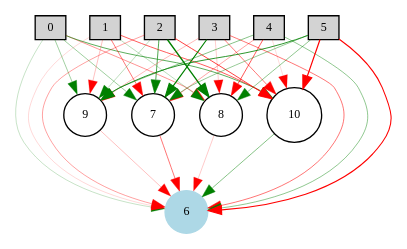
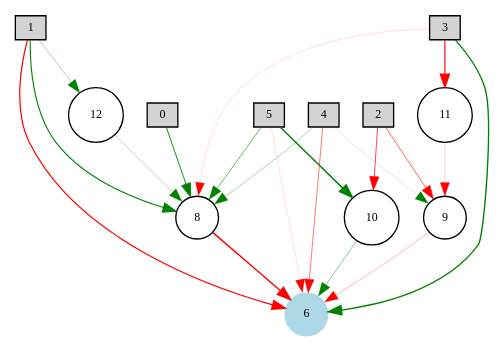
One commit to arkadyark/PongAI changed the diagram in 2015-2016/nn_winner-enabled-pruned.gv. Above: the diagram before and after it, drawn with Graphviz. The commit also changed 55 other files, not shown here.

```diff
--- a/2015-2016/nn_winner-enabled-pruned.gv
+++ b/2015-2016/nn_winner-enabled-pruned.gv
@@ -1,44 +1,30 @@
 digraph {
 	node [fontsize=9 height=0.2 shape=circle width=0.2]
 		0 [shape=box style=filled]
 		1 [shape=box style=filled]
 		2 [shape=box style=filled]
 		3 [shape=box style=filled]
 		4 [shape=box style=filled]
 		5 [shape=box style=filled]
 		6 [color=lightblue style=filled]
-			5 -> 9 [color=green penwidth=0.618295896355 style=solid]
-			4 -> 7 [color=red penwidth=0.273923793434 style=solid]
-			4 -> 8 [color=red penwidth=0.495030948136 style=solid]
-			5 -> 6 [color=red penwidth=0.805339347983 style=solid]
-			2 -> 8 [color=green penwidth=1.00644098346 style=solid]
-			10 -> 6 [color=green penwidth=0.356764749753 style=solid]
-			0 -> 7 [color=green penwidth=0.294718291303 style=solid]
-			1 -> 6 [color=red penwidth=0.122196708895 style=solid]
-			0 -> 10 [color=green penwidth=0.477217078647 style=solid]
-			3 -> 7 [color=green penwidth=0.85755271645 style=solid]
-			5 -> 8 [color=green penwidth=0.330034912408 style=solid]
-			4 -> 9 [color=green penwidth=0.362435996439 style=solid]
-			2 -> 9 [color=green penwidth=0.198836919568 style=solid]
-			3 -> 10 [color=red penwidth=0.402653170541 style=solid]
-			3 -> 6 [color=red penwidth=0.409787935481 style=solid]
-			1 -> 10 [color=red penwidth=0.475975104864 style=solid]
-			8 -> 6 [color=red penwidth=0.159471853248 style=solid]
-			4 -> 10 [color=red penwidth=0.106780931244 style=solid]
-			2 -> 6 [color=red penwidth=0.282561460314 style=solid]
-			2 -> 10 [color=red penwidth=0.558614174161 style=solid]
-			3 -> 9 [color=red penwidth=0.209319063626 style=solid]
-			1 -> 9 [color=red penwidth=0.189324151144 style=solid]
-			0 -> 8 [color=red penwidth=0.322950192037 style=solid]
-			9 -> 6 [color=red penwidth=0.186015834863 style=solid]
-			2 -> 7 [color=green penwidth=0.520215501497 style=solid]
-			5 -> 10 [color=red penwidth=0.897333691098 style=solid]
-			4 -> 6 [color=green penwidth=0.32907656643 style=solid]
-			5 -> 7 [color=green penwidth=0.307020186645 style=solid]
-			3 -> 8 [color=red penwidth=0.150916897958 style=solid]
-			0 -> 6 [color=green penwidth=0.173954087369 style=solid]
-			1 -> 8 [color=green penwidth=0.204281518528 style=solid]
-			1 -> 7 [color=red penwidth=0.397107844765 style=solid]
-			0 -> 9 [color=green penwidth=0.279466147875 style=solid]
-			7 -> 6 [color=red penwidth=0.412032647286 style=solid]
+			4 -> 8 [color=green penwidth=0.250861538244 style=solid]
+			5 -> 6 [color=red penwidth=0.102260877668 style=solid]
+			10 -> 6 [color=green penwidth=0.344086376822 style=solid]
+			3 -> 11 [color=red penwidth=0.873056754317 style=solid]
+			1 -> 6 [color=red penwidth=0.920977682686 style=solid]
+			5 -> 8 [color=green penwidth=0.438267523654 style=solid]
+			4 -> 9 [color=green penwidth=0.115423882877 style=solid]
+			2 -> 9 [color=red penwidth=0.459237041647 style=solid]
+			3 -> 6 [color=green penwidth=1.01471841512 style=solid]
+			8 -> 6 [color=red penwidth=1.04926084947 style=solid]
+			11 -> 9 [color=red penwidth=0.165003001039 style=solid]
+			2 -> 10 [color=red penwidth=0.538969277876 style=solid]
+			0 -> 8 [color=green penwidth=0.675013541927 style=solid]
+			9 -> 6 [color=red penwidth=0.234851502905 style=solid]
+			5 -> 10 [color=green penwidth=1.1 style=solid]
+			4 -> 6 [color=red penwidth=0.414949001389 style=solid]
+			1 -> 12 [color=green penwidth=0.270460170766 style=solid]
+			3 -> 8 [color=red penwidth=0.104028110346 style=solid]
+			1 -> 8 [color=green penwidth=0.820212865783 style=solid]
+			12 -> 8 [color=green penwidth=0.220915704213 style=solid]
 }
```
